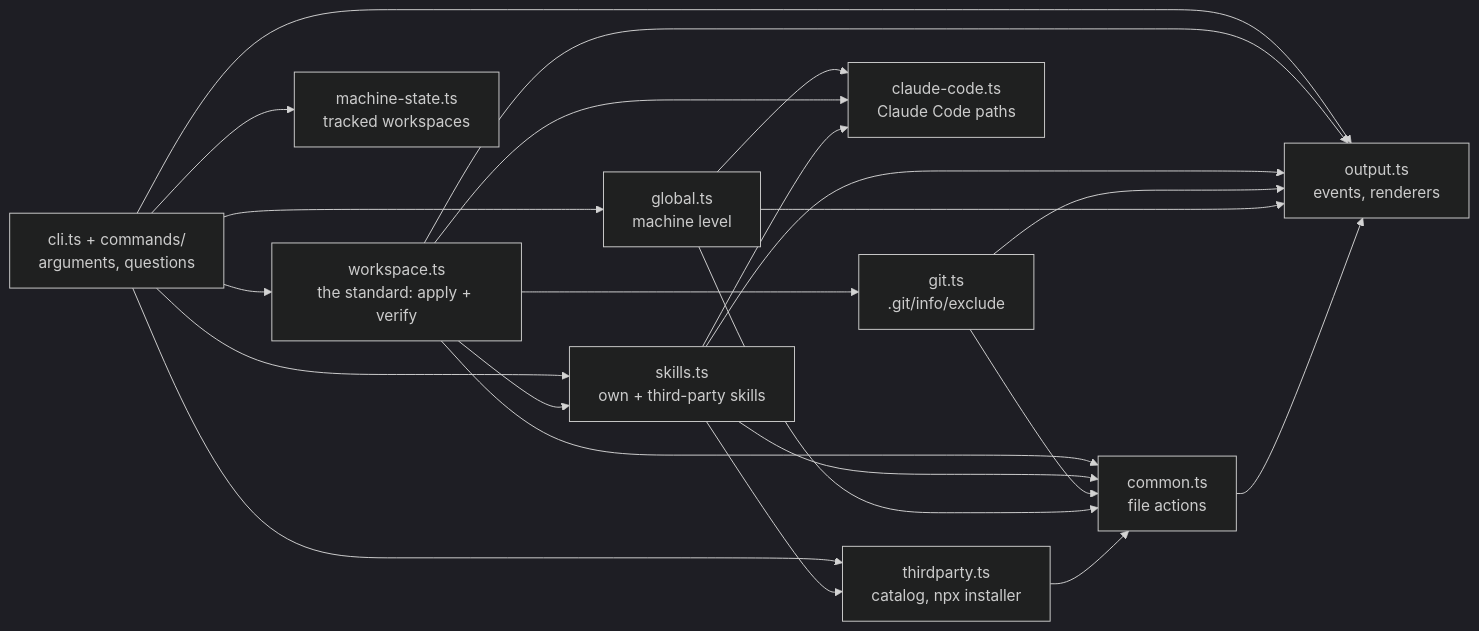
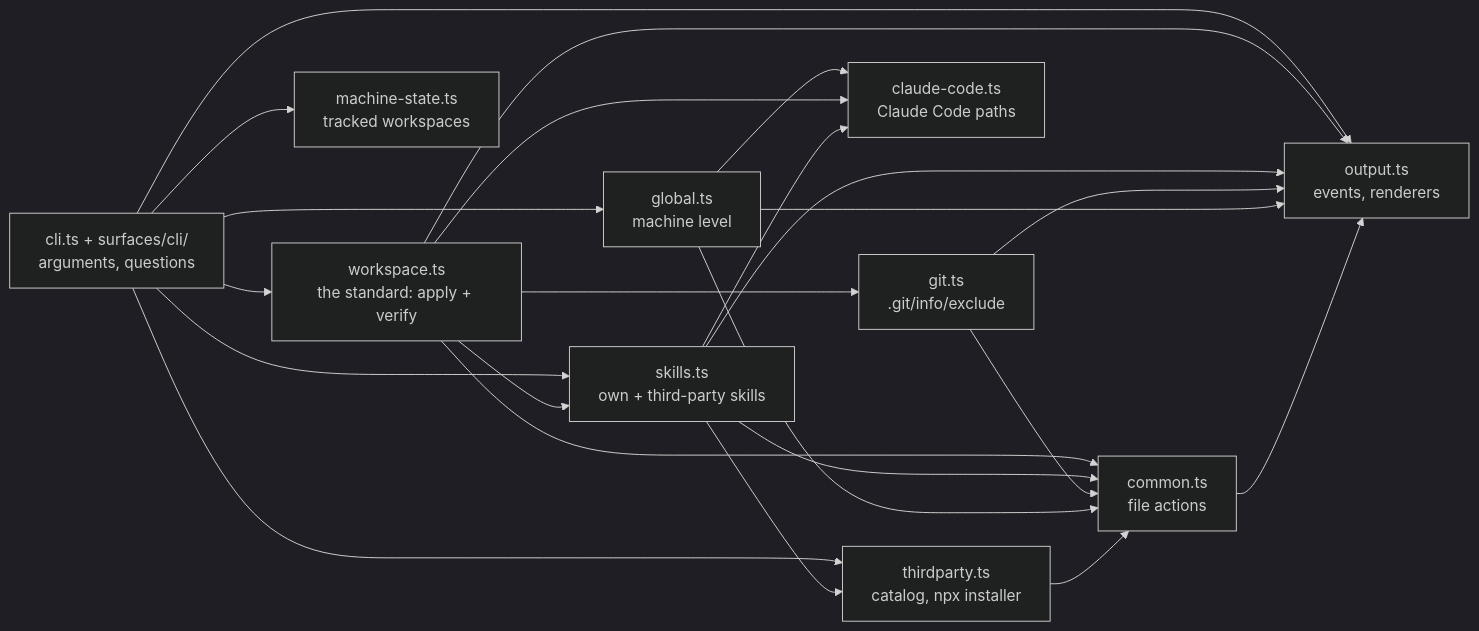
One commit to dotagents-org/dotagents-core changed the diagram in docs/architecture.md. Above: the diagram before and after it, drawn with Mermaid (dark theme). The commit also changed other lines of this file and 49 other files, not shown here.

````diff
--- a/docs/architecture.md
+++ b/docs/architecture.md
@@ -31,20 +36,20 @@
 ```mermaid
 flowchart LR
-    cli["cli.ts + commands/<br/>arguments, questions"]
+    cli["cli.ts + surfaces/cli/<br/>arguments, questions"]
     ws["workspace.ts<br/>the standard: apply + verify"]
     sk["skills.ts<br/>own + third-party skills"]
     tp["thirdparty.ts<br/>catalog, npx installer"]
     git["git.ts<br/>.git/info/exclude"]
     gl["global.ts<br/>machine level"]
     cc["claude-code.ts<br/>Claude Code paths"]
     reg["machine-state.ts<br/>tracked workspaces"]
     common["common.ts<br/>file actions"]
     out["output.ts<br/>events, renderers"]
 
     cli --> ws & sk & gl & reg & tp
     ws --> sk & git
     sk --> tp
     gl & ws & sk --> cc
     ws & sk & git & gl & tp --> common
     cli & ws & sk & git & gl & common --> out
 ```
````
